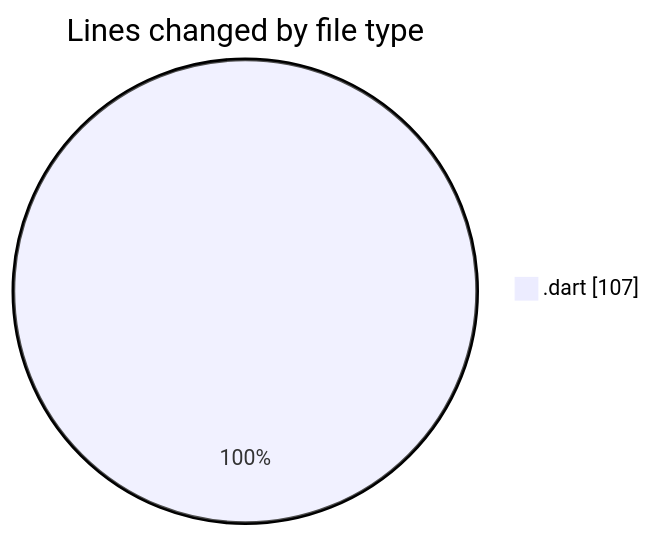
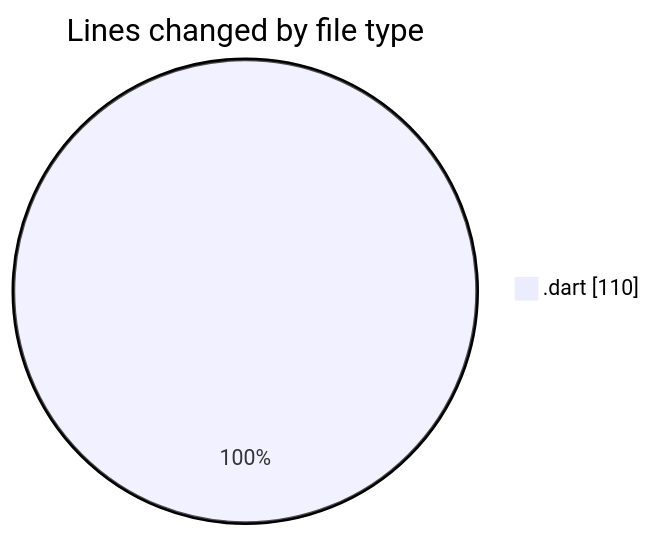
The first of 2 diagrams in 2025-03-25/wordle/README.md (donsfak/code-tracking), drawn with Mermaid before and after one commit. The commit also changed other lines of this file and 1 other file, not shown here.

````diff
--- a/2025-03-25/wordle/README.md
+++ b/2025-03-25/wordle/README.md
@@ -22,5 +22,5 @@
 ```mermaid
 pie showData
 title Lines changed by file type
-".dart" : 107
+".dart" : 110
 ```
````
